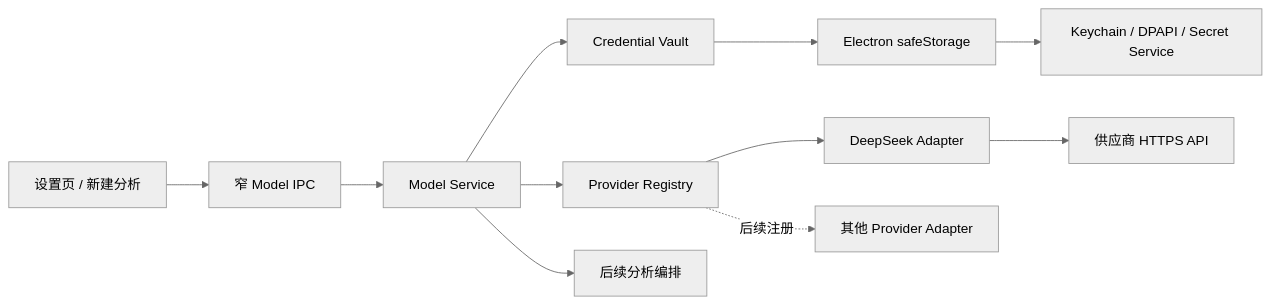
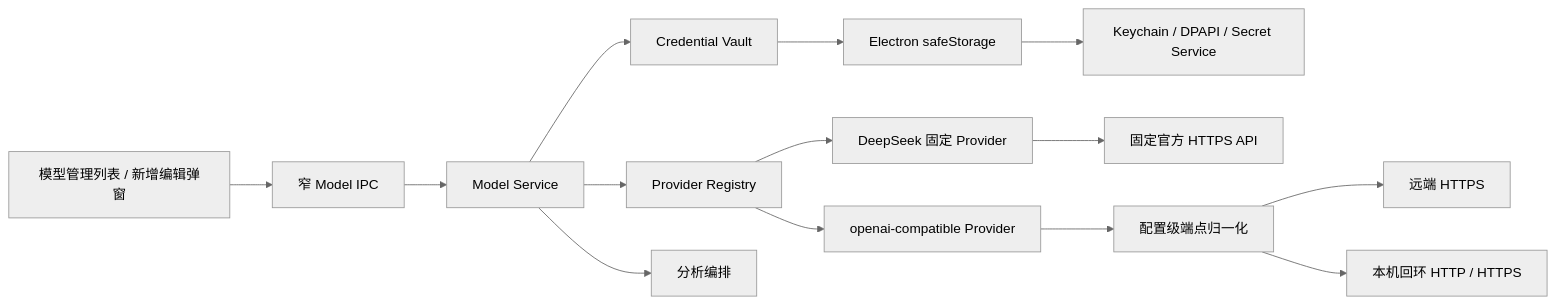
One commit to wzhic/material changed the first of 2 diagrams in docs/development/模型接入与安全存储-DEV-0010-v1.0.md. Above: the diagram before and after it, drawn with Mermaid (neutral theme). The commit also changed other lines of this file and 14 other files, not shown here.

````diff
--- a/docs/development/模型接入与安全存储-DEV-0010-v1.0.md
+++ b/docs/development/模型接入与安全存储-DEV-0010-v1.0.md
@@ -20,13 +22,16 @@
 ```mermaid
 flowchart LR
-    UI[设置页 / 新建分析] --> IPC[窄 Model IPC]
+    UI[模型管理列表 / 新增编辑弹窗] --> IPC[窄 Model IPC]
     IPC --> SERVICE[Model Service]
     SERVICE --> VAULT[Credential Vault]
     VAULT --> SAFE[Electron safeStorage]
     SAFE --> OS[Keychain / DPAPI / Secret Service]
     SERVICE --> REG[Provider Registry]
-    REG --> DS[DeepSeek Adapter]
-    REG -. 后续注册 .-> OTHER[其他 Provider Adapter]
-    DS --> HTTPS[供应商 HTTPS API]
-    SERVICE --> FUTURE[后续分析编排]
+    REG --> DS[DeepSeek 固定 Provider]
+    REG --> CUSTOM[openai-compatible Provider]
+    DS --> DSAPI[固定官方 HTTPS API]
+    CUSTOM --> NORMALIZE[配置级端点归一化]
+    NORMALIZE --> REMOTE[远端 HTTPS]
+    NORMALIZE --> LOOPBACK[本机回环 HTTP / HTTPS]
+    SERVICE --> ANALYSIS[分析编排]
 ```
````
